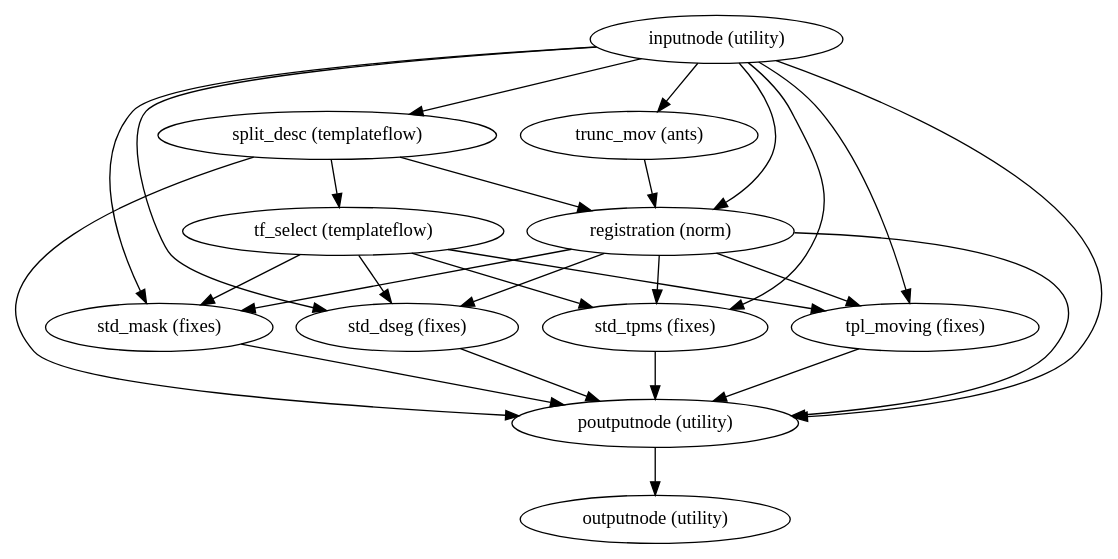
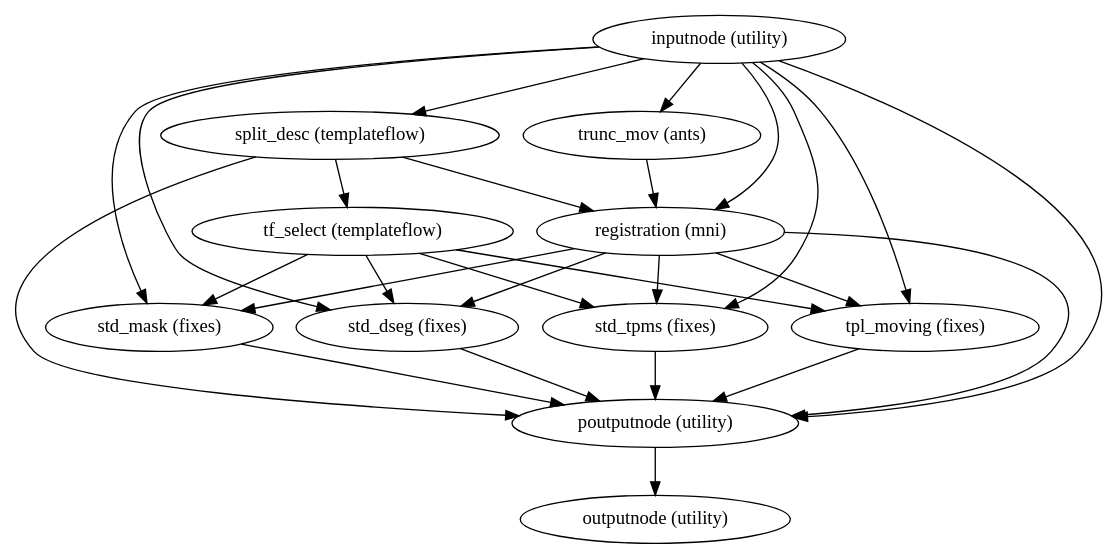
The diagram in rel_0.8.0rc1/wf_directive/api/anat_norm_wf/smriprep-workflows-norm-1.dot (pcamach2/smriprep), drawn with Graphviz before and after one commit. The commit also changed 5821 other files, not shown here.

```diff
--- a/rel_0.8.0rc1/wf_directive/api/anat_norm_wf/smriprep-workflows-norm-1.dot
+++ b/rel_0.8.0rc1/wf_directive/api/anat_norm_wf/smriprep-workflows-norm-1.dot
@@ -1,39 +1,39 @@
 strict digraph  {
 "inputnode (utility)";
 "split_desc (templateflow)";
 "poutputnode (utility)";
 "trunc_mov (ants)";
-"registration (norm)";
+"registration (mni)";
 "tpl_moving (fixes)";
 "std_mask (fixes)";
 "std_dseg (fixes)";
 "std_tpms (fixes)";
 "tf_select (templateflow)";
 "outputnode (utility)";
 "inputnode (utility)" -> "split_desc (templateflow)";
 "inputnode (utility)" -> "poutputnode (utility)";
 "inputnode (utility)" -> "trunc_mov (ants)";
-"inputnode (utility)" -> "registration (norm)";
+"inputnode (utility)" -> "registration (mni)";
 "inputnode (utility)" -> "tpl_moving (fixes)";
 "inputnode (utility)" -> "std_mask (fixes)";
 "inputnode (utility)" -> "std_dseg (fixes)";
 "inputnode (utility)" -> "std_tpms (fixes)";
 "split_desc (templateflow)" -> "tf_select (templateflow)";
-"split_desc (templateflow)" -> "registration (norm)";
+"split_desc (templateflow)" -> "registration (mni)";
 "split_desc (templateflow)" -> "poutputnode (utility)";
 "poutputnode (utility)" -> "outputnode (utility)";
-"trunc_mov (ants)" -> "registration (norm)";
-"registration (norm)" -> "tpl_moving (fixes)";
-"registration (norm)" -> "std_mask (fixes)";
-"registration (norm)" -> "std_dseg (fixes)";
-"registration (norm)" -> "std_tpms (fixes)";
-"registration (norm)" -> "poutputnode (utility)";
+"trunc_mov (ants)" -> "registration (mni)";
+"registration (mni)" -> "tpl_moving (fixes)";
+"registration (mni)" -> "std_mask (fixes)";
+"registration (mni)" -> "std_dseg (fixes)";
+"registration (mni)" -> "std_tpms (fixes)";
+"registration (mni)" -> "poutputnode (utility)";
 "tpl_moving (fixes)" -> "poutputnode (utility)";
 "std_mask (fixes)" -> "poutputnode (utility)";
 "std_dseg (fixes)" -> "poutputnode (utility)";
 "std_tpms (fixes)" -> "poutputnode (utility)";
 "tf_select (templateflow)" -> "tpl_moving (fixes)";
 "tf_select (templateflow)" -> "std_mask (fixes)";
 "tf_select (templateflow)" -> "std_dseg (fixes)";
 "tf_select (templateflow)" -> "std_tpms (fixes)";
 }
```
